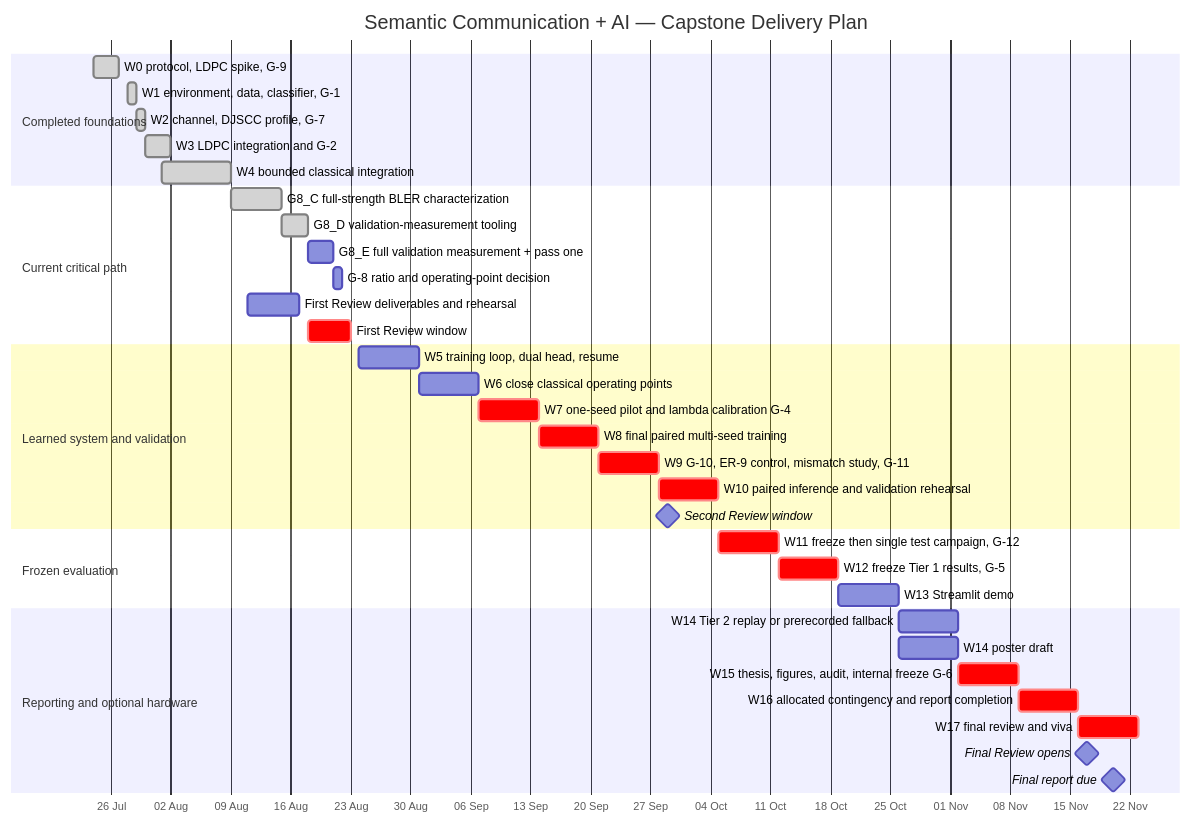
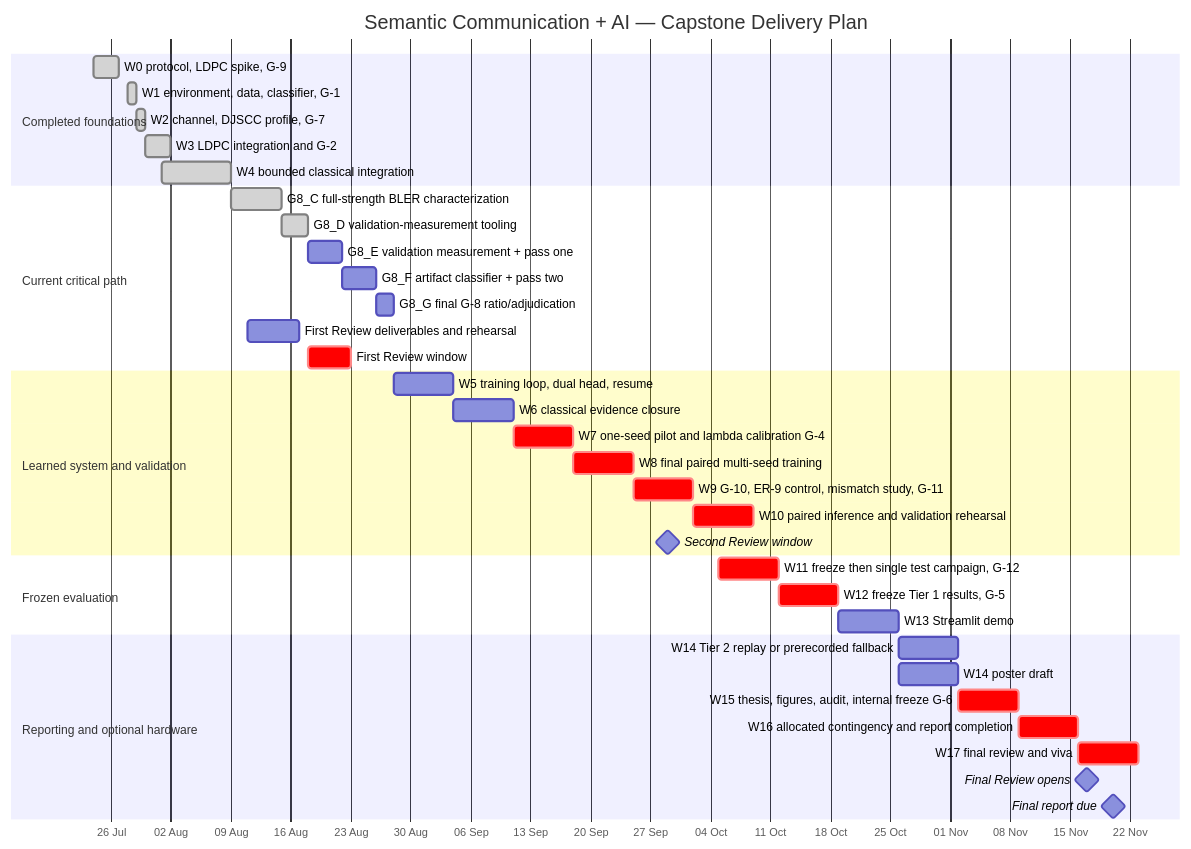
Before and after one commit to nxck2005/capstone: the diagram in docs/gantt-plan.md, drawn with Mermaid. The commit also changed other lines of this file and 14 other files, not shown here.

````diff
--- a/docs/gantt-plan.md
+++ b/docs/gantt-plan.md
@@ -13,44 +18,45 @@
 ```mermaid
 gantt
     title Semantic Communication + AI — Capstone Delivery Plan
     dateFormat  YYYY-MM-DD
     axisFormat  %d %b
 
     section Completed foundations
     W0 protocol, LDPC spike, G-9                    :done, w0, 2026-07-24, 2026-07-27
     W1 environment, data, classifier, G-1           :done, w1, 2026-07-28, 2026-07-29
     W2 channel, DJSCC profile, G-7                  :done, w2, 2026-07-29, 2026-07-30
     W3 LDPC integration and G-2                     :done, w3, 2026-07-30, 2026-08-02
     W4 bounded classical integration                :done, w4, 2026-08-01, 2026-08-09
 
     section Current critical path
     G8_C full-strength BLER characterization        :done, g8c, 2026-08-09, 2026-08-15
     G8_D validation-measurement tooling             :done, g8d, after g8c, 3d
-    G8_E full validation measurement + pass one     :g8e, after g8d, 3d
-    G-8 ratio and operating-point decision          :g8, after g8e, 1d
+    G8_E validation measurement + pass one          :g8e, 2026-08-18, 4d
+    G8_F artifact classifier + pass two             :g8f, 2026-08-22, 4d
+    G8_G final G-8 ratio/adjudication              :g8g, 2026-08-26, 2d
     First Review deliverables and rehearsal         :reviewdocs, 2026-08-11, 2026-08-17
     First Review window                             :crit, r1, 2026-08-18, 5d
 
     section Learned system and validation
-    W5 training loop, dual head, resume             :w5, 2026-08-24, 7d
-    W6 close classical operating points             :w6, 2026-08-31, 7d
-    W7 one-seed pilot and lambda calibration G-4    :crit, w7, 2026-09-07, 7d
-    W8 final paired multi-seed training             :crit, w8, 2026-09-14, 7d
-    W9 G-10, ER-9 control, mismatch study, G-11     :crit, w9, 2026-09-21, 7d
-    W10 paired inference and validation rehearsal    :crit, w10, 2026-09-28, 7d
+    W5 training loop, dual head, resume             :w5, 2026-08-28, 7d
+    W6 classical evidence closure                   :w6, 2026-09-04, 7d
+    W7 one-seed pilot and lambda calibration G-4    :crit, w7, 2026-09-11, 7d
+    W8 final paired multi-seed training             :crit, w8, 2026-09-18, 7d
+    W9 G-10, ER-9 control, mismatch study, G-11     :crit, w9, 2026-09-25, 7d
+    W10 paired inference and validation rehearsal    :crit, w10, 2026-10-02, 7d
     Second Review window                            :milestone, r2, 2026-09-29, 0d
 
     section Frozen evaluation
     W11 freeze then single test campaign, G-12      :crit, w11, 2026-10-05, 7d
     W12 freeze Tier 1 results, G-5                  :crit, w12, 2026-10-12, 7d
     W13 Streamlit demo                              :w13, 2026-10-19, 7d
 
     section Reporting and optional hardware
     W14 Tier 2 replay or prerecorded fallback       :w14, 2026-10-26, 7d
     W14 poster draft                                :poster, 2026-10-26, 7d
     W15 thesis, figures, audit, internal freeze G-6 :crit, w15, 2026-11-02, 7d
     W16 allocated contingency and report completion :crit, w16, 2026-11-09, 7d
     W17 final review and viva                       :crit, w17, 2026-11-16, 7d
     Final Review opens                              :milestone, r3, 2026-11-17, 0d
     Final report due                                :milestone, report, 2026-11-20, 0d
 ```
````
